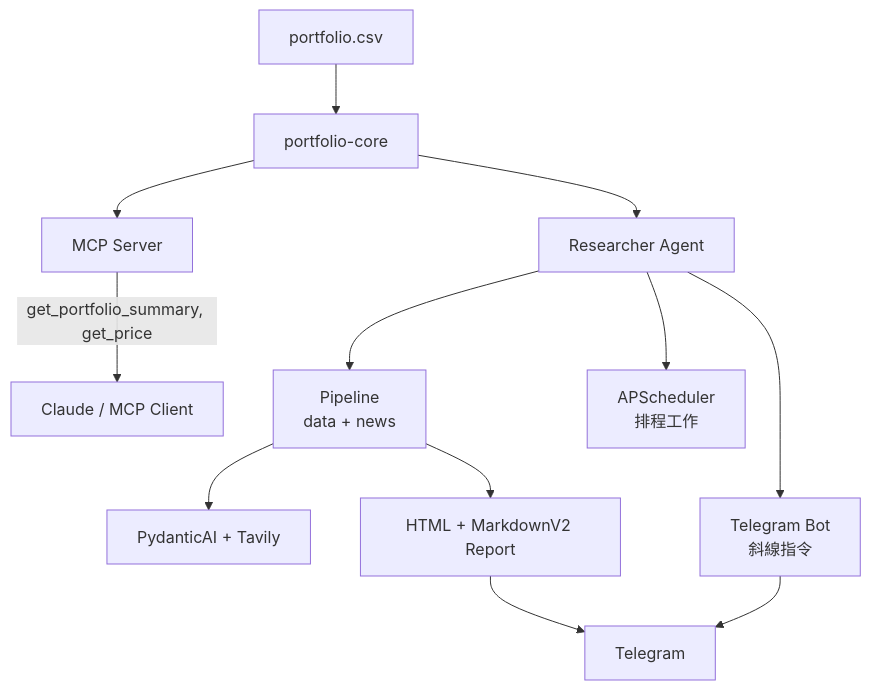
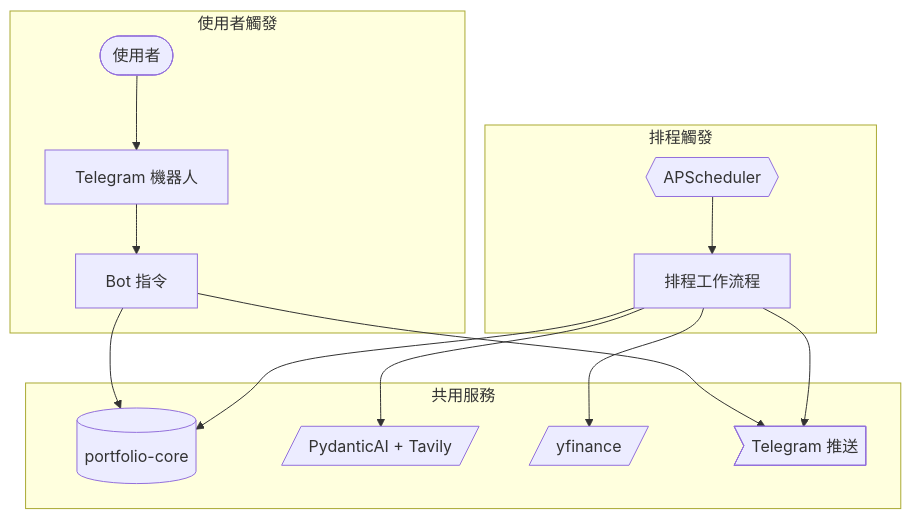
One commit to PuChenTW/portfolio-report changed the diagram in README.zh-TW.md. Above: the diagram before and after it, drawn with Mermaid. The commit also changed 1 other file, not shown here.

Commit message:
docs: update architecture diagram in README files for clarity and structure

````diff
--- a/README.zh-TW.md
+++ b/README.zh-TW.md
@@ -18,14 +18,25 @@
 ```mermaid
 flowchart TD
-    CSV[portfolio.csv] --> Core[portfolio-core]
-    Core --> MCP[MCP Server]
-    Core --> Agent[Researcher Agent]
-    MCP -->|"get_portfolio_summary, get_price"| Claude[Claude / MCP Client]
-    Agent --> Pipeline[Pipeline<br/>data + news]
-    Pipeline --> PydanticAI[PydanticAI + Tavily]
-    Pipeline --> Report[HTML + MarkdownV2 Report]
-    Report --> Telegram[Telegram]
-    Agent --> Scheduler[APScheduler<br/>排程工作]
-    Agent --> Bot[Telegram Bot<br/>斜線指令]
-    Bot --> Telegram
+  subgraph 使用者觸發
+    U([使用者]) --> B[Telegram 機器人]
+    B --> H[Bot 指令]
+  end
+
+  subgraph 排程觸發
+    S{{APScheduler}} --> W[排程工作流程]
+  end
+
+  subgraph 共用服務
+    PC[(portfolio-core)]
+    AI[/PydanticAI + Tavily/]
+    YF[/yfinance/]
+    TG>Telegram 推送]
+  end
+
+  H --> PC
+  H --> TG
+  W --> PC
+  W --> AI
+  W --> YF
+  W --> TG
 ```
````
